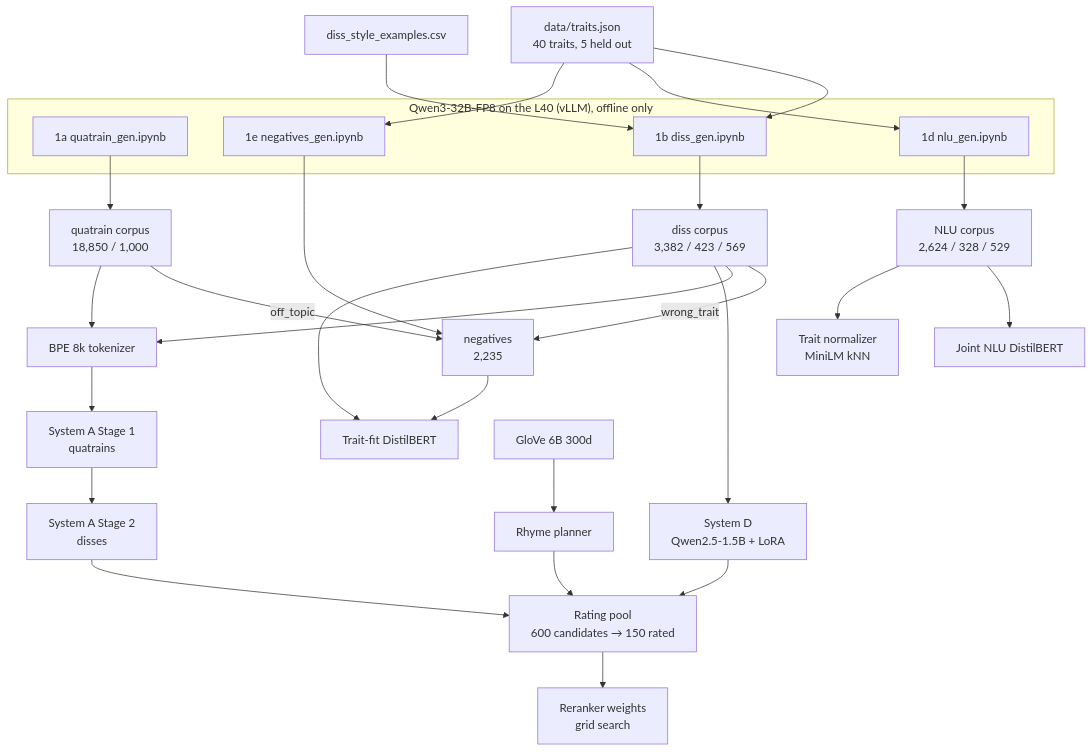
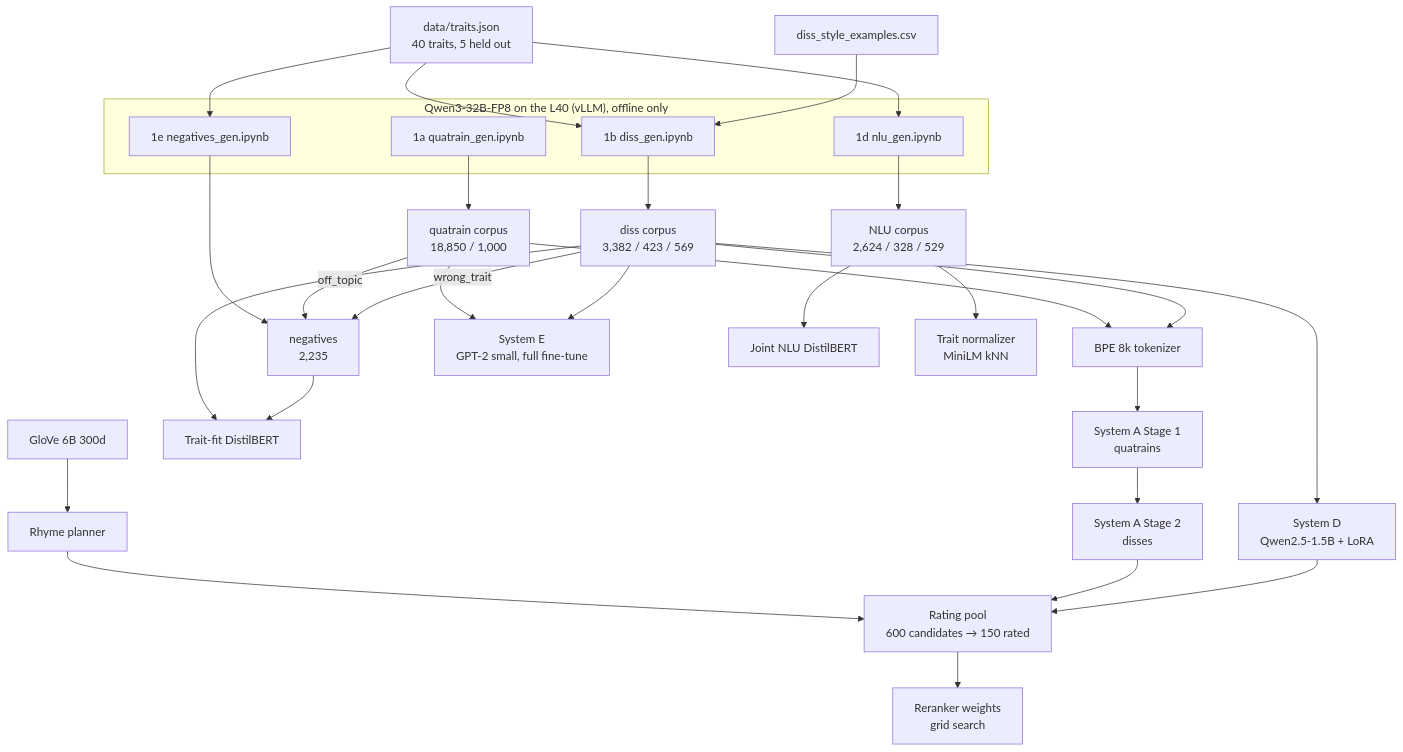
One commit to SchoolWork-awork2103/CS425-Project changed the second of 2 diagrams in ARCHITECTURE.md. Above: the diagram before and after it, drawn with Mermaid. The commit also changed other lines of this file and 11 other files, not shown here.

````diff
--- a/ARCHITECTURE.md
+++ b/ARCHITECTURE.md
@@ -38,27 +38,28 @@
 ```mermaid
 flowchart TB
     subgraph LLM["Qwen3-32B-FP8 on the L40 (vLLM), offline only"]
         Q1a[1a quatrain_gen.ipynb]
         Q1b[1b diss_gen.ipynb]
         Q1d[1d nlu_gen.ipynb]
         Q1e[1e negatives_gen.ipynb]
     end
     T[data/traits.json<br/>40 traits, 5 held out] --> Q1b & Q1d & Q1e
     CSV[diss_style_examples.csv] --> Q1b
     Q1a --> C1a[quatrain corpus<br/>18,850 / 1,000]
     Q1b --> C1b[diss corpus<br/>3,382 / 423 / 569]
     Q1d --> C1d[NLU corpus<br/>2,624 / 328 / 529]
     Q1e --> C1e[negatives<br/>2,235]
     C1a -->|off_topic| C1e
     C1b -->|wrong_trait| C1e
 
     C1a & C1b --> TOK[BPE 8k tokenizer]
     TOK --> A1[System A Stage 1<br/>quatrains] --> A2[System A Stage 2<br/>disses]
     C1b --> D[System D<br/>Qwen2.5-1.5B + LoRA]
+    C1a & C1b --> E[System E<br/>GPT-2 small, full fine-tune]
     C1b & C1e --> TF[Trait-fit DistilBERT]
     C1d --> NLUM[Joint NLU DistilBERT]
     C1d --> NORM[Trait normalizer<br/>MiniLM kNN]
     GLOVE[GloVe 6B 300d] --> PLAN[Rhyme planner]
     PLAN & A2 & D --> POOL[Rating pool<br/>600 candidates → 150 rated]
     POOL --> W[Reranker weights<br/>grid search]
 ```
````
